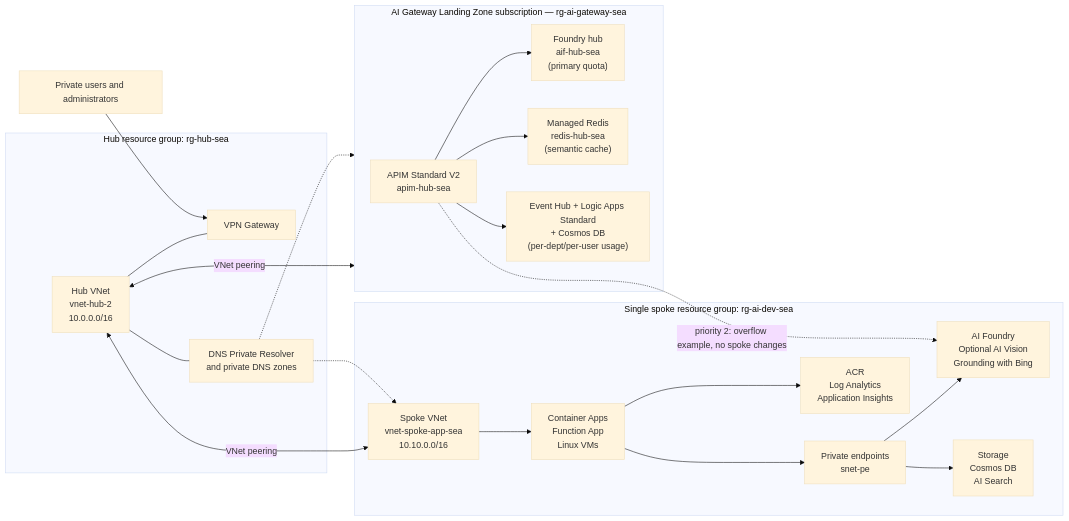
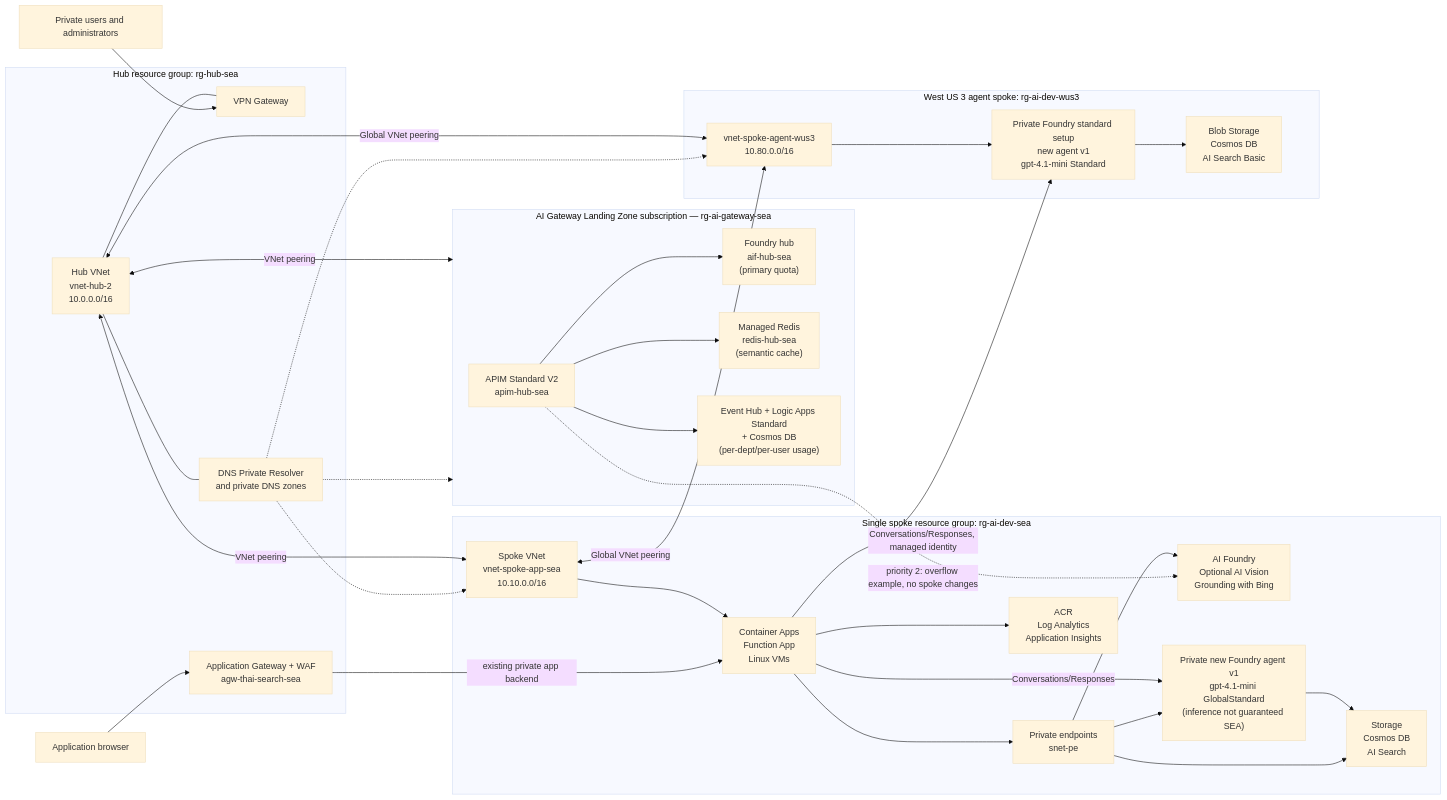
Before and after one commit to kandanai-leenutaphong-backup/azure_ai_landing_zone_export: the diagram in ARCHITECTURE.md, drawn with Mermaid (base theme). The commit also changed other lines of this file and 633 other files, not shown here.

````diff
--- a/ARCHITECTURE.md
+++ b/ARCHITECTURE.md
@@ -21,45 +152,65 @@
 ```mermaid
 flowchart LR
     Users["Private users and administrators"]
+    Browser["Application browser"]
 
     subgraph Hub["Hub resource group: rg-hub-sea"]
         HubVNet["Hub VNet<br/>vnet-hub-2<br/>10.0.0.0/16"]
         VPN["VPN Gateway"]
         DNS["DNS Private Resolver<br/>and private DNS zones"]
+        WAF["Application Gateway + WAF<br/>agw-thai-search-sea"]
         HubVNet --- VPN
         HubVNet --- DNS
     end
 
     subgraph Spoke["Single spoke resource group: rg-ai-dev-sea"]
         SpokeVNet["Spoke VNet<br/>vnet-spoke-app-sea<br/>10.10.0.0/16"]
         Compute["Container Apps<br/>Function App<br/>Linux VMs"]
         AI["AI Foundry<br/>Optional AI Vision<br/>Grounding with Bing"]
+        SEAAgent["Private new Foundry agent v1<br/>gpt-4.1-mini GlobalStandard<br/>(inference not guaranteed SEA)"]
         Data["Storage<br/>Cosmos DB<br/>AI Search"]
         PrivateEndpoints["Private endpoints<br/>snet-pe"]
         Operations["ACR<br/>Log Analytics<br/>Application Insights"]
 
         SpokeVNet --> Compute
         Compute --> PrivateEndpoints
         PrivateEndpoints --> AI
+        Compute -->|"Conversations/Responses"| SEAAgent
+        PrivateEndpoints --> SEAAgent
+        SEAAgent --> Data
         PrivateEndpoints --> Data
         Compute --> Operations
     end
 
     subgraph AIGW["AI Gateway Landing Zone subscription — rg-ai-gateway-sea"]
         APIM["APIM Standard V2<br/>apim-hub-sea<suffix>"]
         FoundryHub["Foundry hub<br/>aif-hub-sea<br/>(primary quota)"]
         RedisCache["Managed Redis<br/>redis-hub-sea<br/>(semantic cache)"]
         UsagePipeline["Event Hub + Logic Apps Standard<br/>+ Cosmos DB<br/>(per-dept/per-user usage)"]
 
         APIM --> FoundryHub
         APIM --> RedisCache
         APIM --> UsagePipeline
     end
 
+    subgraph AgentSpoke["West US 3 agent spoke: rg-ai-dev-wus3"]
+        AgentVNet["vnet-spoke-agent-wus3<br/>10.80.0.0/16"]
+        AgentFoundry["Private Foundry standard setup<br/>new agent v1<br/>gpt-4.1-mini Standard"]
+        AgentData["Blob Storage<br/>Cosmos DB<br/>AI Search Basic"]
+        AgentVNet --> AgentFoundry
+        AgentFoundry --> AgentData
+    end
+
     Users --> VPN
+    Browser --> WAF
+    WAF -->|"existing private app backend"| Compute
     HubVNet <-->|VNet peering| SpokeVNet
     HubVNet <-->|VNet peering| AIGW
     DNS -.-> SpokeVNet
     DNS -.-> AIGW
+    HubVNet <-->|Global VNet peering| AgentVNet
+    SpokeVNet <-->|Global VNet peering| AgentVNet
+    Compute -->|"Conversations/Responses, managed identity"| AgentFoundry
+    DNS -.-> AgentVNet
     APIM -.->|"priority 2: overflow example, no spoke changes"| AI
 ```
````
